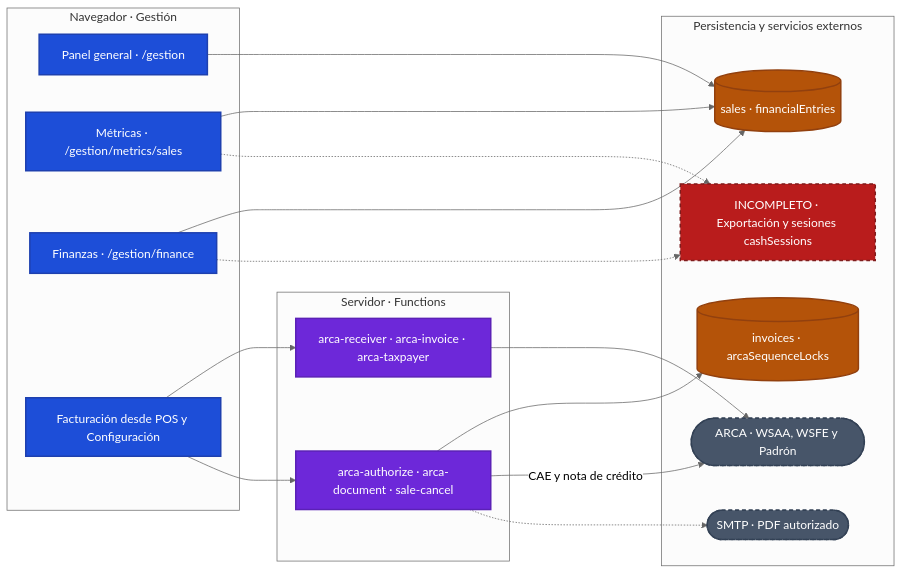
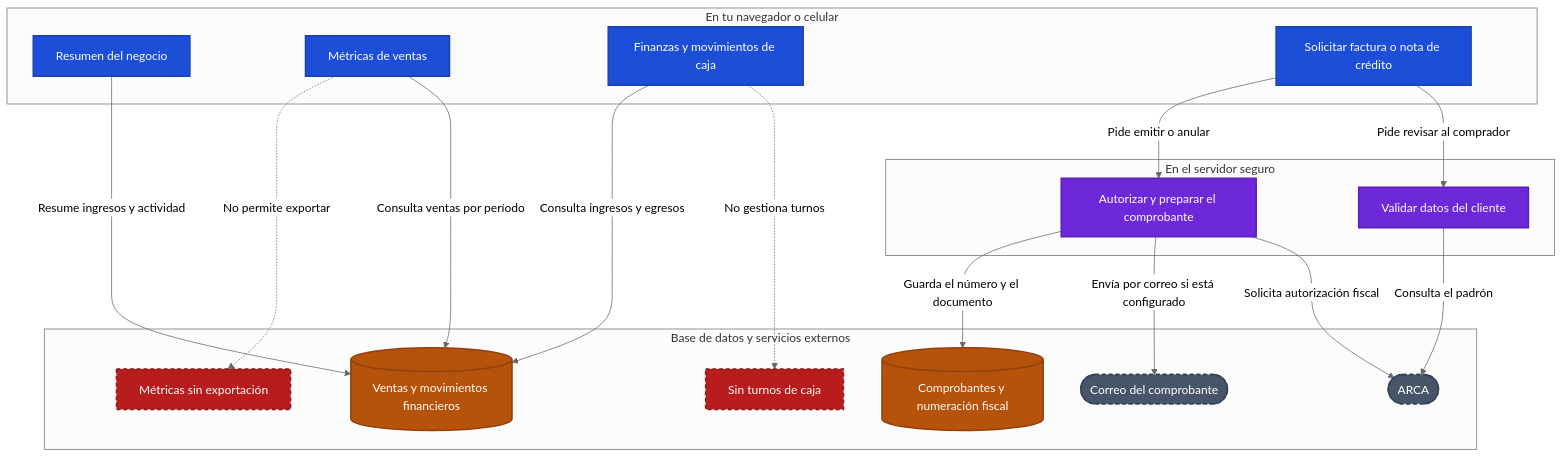
Before and after one commit to AgustinBazanUB/App-Integral-FM: the diagram in docs/diagrams/mmd/03-d3-finanzas-metricas-arca.mmd, drawn with Mermaid (neutral theme). The commit also changed 24 other files, not shown here.

Commit message:
docs: explicar los flujos de Flor Mía en lenguaje de negocio

```diff
--- a/docs/diagrams/mmd/03-d3-finanzas-metricas-arca.mmd
+++ b/docs/diagrams/mmd/03-d3-finanzas-metricas-arca.mmd
@@ -1,41 +1,39 @@
-flowchart LR
-    %% Flujo del macro-dominio verificado contra el corte d0f1225.
-    subgraph navegador["Navegador · Gestión"]
-        panel["Panel general · /gestion"]:::integral
-        metricas["Métricas · /gestion/metrics/sales"]:::integral
-        finanzas["Finanzas · /gestion/finance"]:::integral
-        fiscal["Facturación desde POS y Configuración"]:::integral
+flowchart TB
+    %% Los números de gestión y la facturación tienen recorridos distintos.
+    subgraph navegador["En tu navegador o celular"]
+        resumen["Resumen del negocio"]:::integral
+        metricas["Métricas de ventas"]:::integral
+        caja["Finanzas y movimientos de caja"]:::integral
+        factura["Solicitar factura o nota de crédito"]:::integral
     end
-
-    subgraph servidor["Servidor · Functions"]
-        preparar["arca-receiver · arca-invoice · arca-taxpayer"]:::shared
-        resolver["arca-authorize · arca-document · sale-cancel"]:::shared
+    subgraph servidor["En el servidor seguro"]
+        receptor["Validar datos del cliente"]:::shared
+        emitir["Autorizar y preparar el comprobante"]:::shared
     end
-
-    subgraph persistencia["Persistencia y servicios externos"]
-        movimientos[("sales · financialEntries")]:::db
-        comprobantes[("invoices · arcaSequenceLocks")]:::db
-        arca(["ARCA · WSAA, WSFE y Padrón"]):::external
-        smtp(["SMTP · PDF autorizado"]):::external
-        faltantes["INCOMPLETO · Exportación y sesiones cashSessions"]:::debt
+    subgraph recursos["Base de datos y servicios externos"]
+        numeros[("Ventas y movimientos financieros")]:::db
+        documentos[("Comprobantes y numeración fiscal")]:::db
+        arca(["ARCA"]):::external
+        correo(["Correo del comprobante"]):::external
+        falta["Métricas sin exportación"]:::debt
+        turnos["Sin turnos de caja"]:::debt
     end
-
-    panel --> movimientos
-    metricas --> movimientos
-    finanzas --> movimientos
-    metricas -.-> faltantes
-    finanzas -.-> faltantes
-    fiscal --> preparar
-    fiscal --> resolver
-    preparar --> arca
-    resolver --> comprobantes
-    resolver -->|CAE y nota de crédito| arca
-    resolver -.-> smtp
+    emitir -->|"Solicita autorización fiscal"| arca
+    metricas -->|"Consulta ventas por período"| numeros
+    metricas -.->|"No permite exportar"| falta
+    emitir -->|"Envía por correo si está configurado"| correo
+    emitir -->|"Guarda el número y el documento"| documentos
+    factura -->|"Pide revisar al comprador"| receptor
+    caja -.->|"No gestiona turnos"| turnos
+    receptor -->|"Consulta el padrón"| arca
+    resumen -->|"Resume ingresos y actividad"| numeros
+    factura -->|"Pide emitir o anular"| emitir
+    caja -->|"Consulta ingresos y egresos"| numeros
 
     classDef actor fill:#1E293B,stroke:#64748B,color:#FFFFFF,stroke-width:2px
     classDef integral fill:#1D4ED8,stroke:#1E40AF,color:#FFFFFF,stroke-width:2px
     classDef ecommerce fill:#047857,stroke:#065F46,color:#FFFFFF,stroke-width:2px
     classDef shared fill:#6D28D9,stroke:#5B21B6,color:#FFFFFF,stroke-width:2px
     classDef db fill:#B45309,stroke:#92400E,color:#FFFFFF,stroke-width:2px
     classDef external fill:#475569,stroke:#334155,color:#FFFFFF,stroke-width:2px,stroke-dasharray:5 4
     classDef debt fill:#B91C1C,stroke:#7F1D1D,color:#FFFFFF,stroke-width:2px,stroke-dasharray:5 4
```
